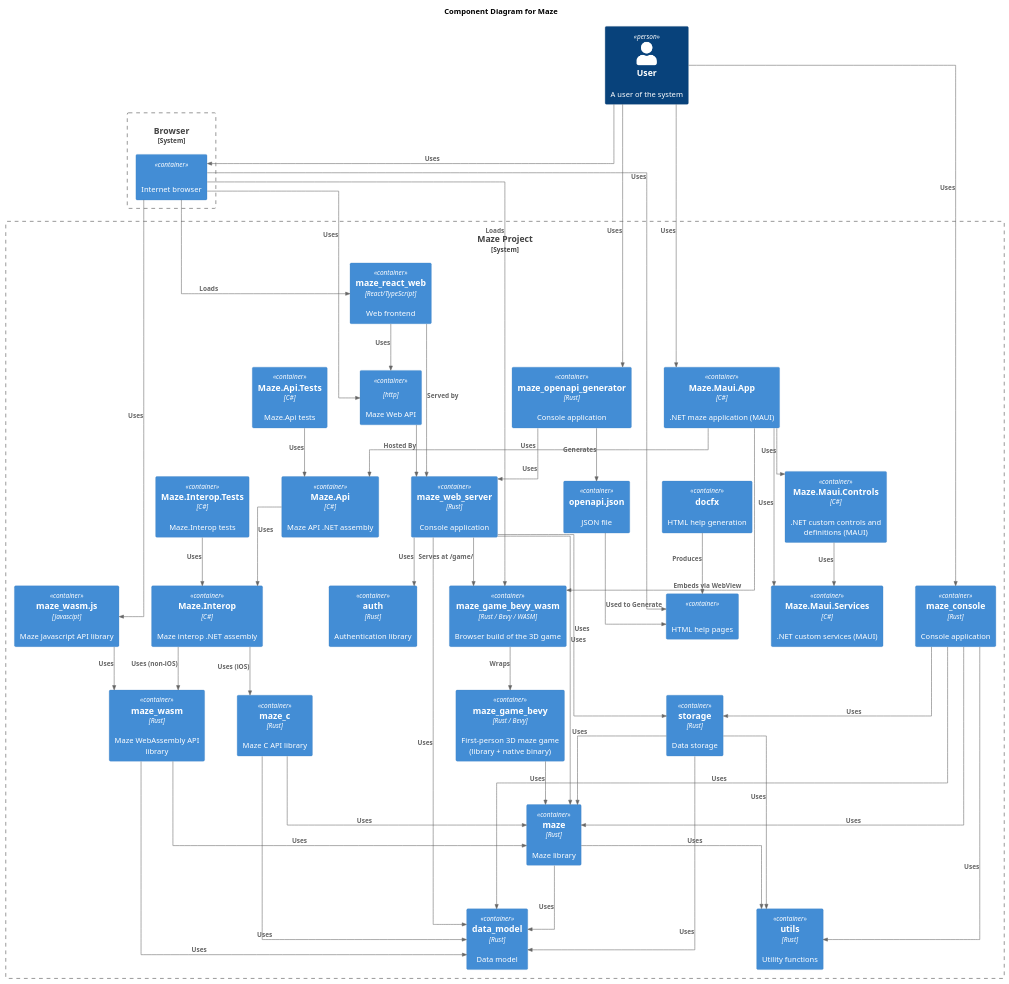
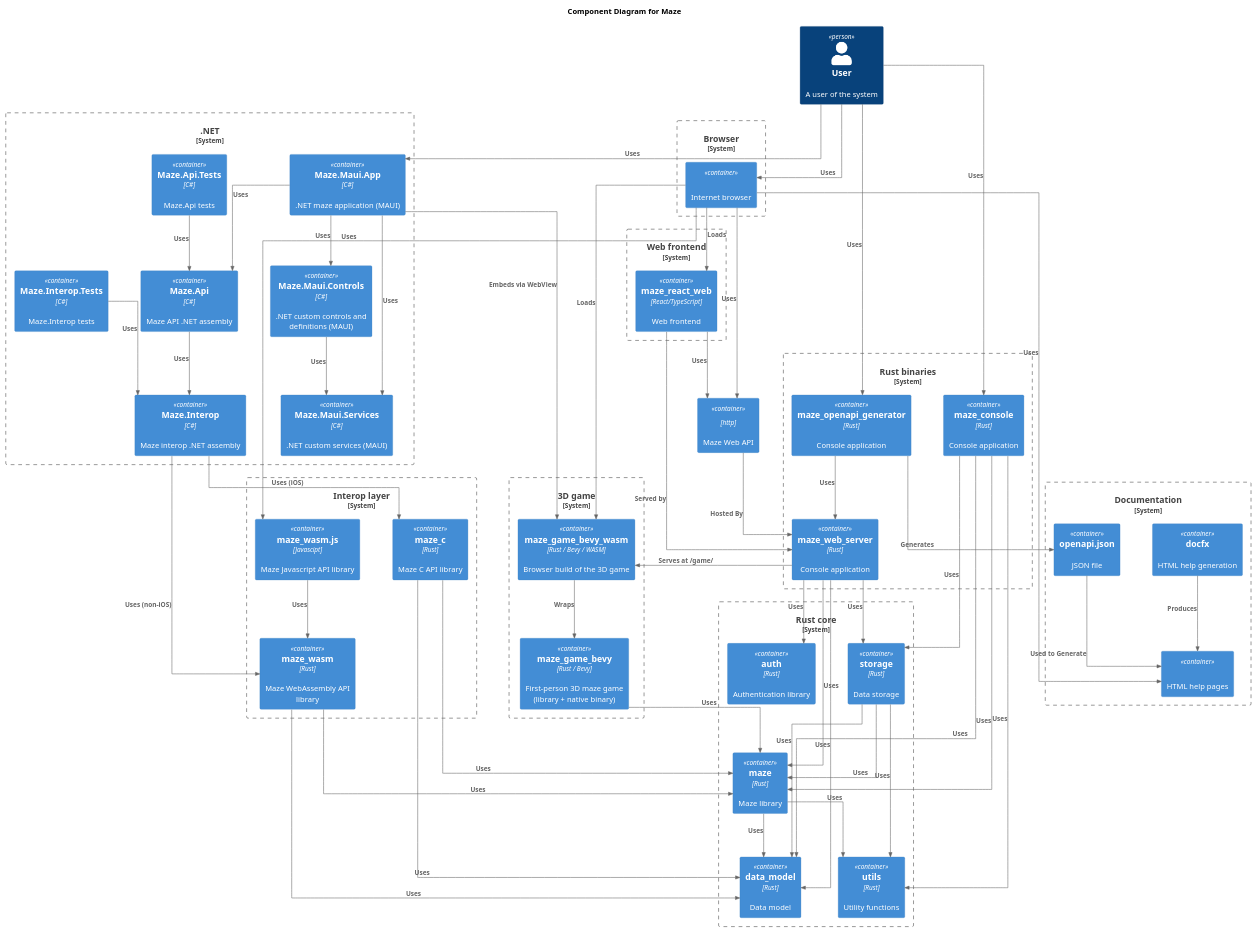
One commit to budgiedownunder/maze changed the diagram in docs/diagrams/components.puml. Above: the diagram before and after it, drawn with PlantUML. The commit also changed 1 other file, not shown here.

Commit message:
docs(diagrams): group containers into seven language/runtime boundaries

```diff
--- a/docs/diagrams/components.puml
+++ b/docs/diagrams/components.puml
@@ -2,94 +2,113 @@
 @startuml components
 
 !include https://raw.githubusercontent.com/plantuml-stdlib/C4-PlantUML/master/C4_Container.puml
 
 LAYOUT_TOP_DOWN()
 skinparam linetype ortho
 skinparam nodesep 60
 skinparam ranksep 80
 
 title Component Diagram for Maze
 
 Person(user, "User", "A user of the system")
 
 System_Boundary(c1, "Browser") {
     Container(browser, "", "", "Internet browser")
 }
 
-System_Boundary(c2, "Maze Project") {
-    Container(html_help, "", "", "HTML help pages")
+Container(maze_web_api, "", "http", "Maze Web API")
+
+System_Boundary(b_rust_core, "Rust core") {
+    Container(maze, "maze", "Rust", "Maze library")
+    Container(data_model, "data_model", "Rust", "Data model")
+    Container(utils, "utils", "Rust", "Utility functions")
     Container(auth, "auth", "Rust", "Authentication library")
-    Container(data_model, "data_model", "Rust", "Data model")
-    Container(docfx, "docfx", "", "HTML help generation")
-    Container(maze, "maze", "Rust", "Maze library")
-    Container(maze_game_bevy, "maze_game_bevy", "Rust / Bevy", "First-person 3D maze game (library + native binary)")
-    Container(maze_game_bevy_wasm, "maze_game_bevy_wasm", "Rust / Bevy / WASM", "Browser build of the 3D game")
+    Container(storage, "storage", "Rust", "Data storage")
+}
+
+System_Boundary(b_rust_bins, "Rust binaries") {
+    Container(maze_web_server, "maze_web_server", "Rust", "Console application")
+    Container(maze_console, "maze_console", "Rust", "Console application")
+    Container(maze_openapi_generator, "maze_openapi_generator", "Rust", "Console application")
+}
+
+System_Boundary(b_interop, "Interop layer") {
+    Container(maze_wasm, "maze_wasm", "Rust", "Maze WebAssembly API library")
+    Container(maze_wasm_js, "maze_wasm.js", "Javascipt", "Maze Javascript API library")
+    Container(maze_c, "maze_c", "Rust", "Maze C API library")
+}
+
+System_Boundary(b_dotnet, ".NET") {
     Container(maze_maui_app_net, "Maze.Maui.App", "C#", ".NET maze application (MAUI)")
     Container(maze_maui_controls_net, "Maze.Maui.Controls", "C#", ".NET custom controls and definitions (MAUI)")
     Container(maze_maui_services_net, "Maze.Maui.Services", "C#", ".NET custom services (MAUI)")
+    Container(maze_api_net, "Maze.Api", "C#", "Maze API .NET assembly")
     Container(maze_api_net_tests, "Maze.Api.Tests", "C#", "Maze.Api tests")
-    Container(maze_api_net, "Maze.Api", "C#", "Maze API .NET assembly")
+    Container(maze_interop_net, "Maze.Interop", "C#", "Maze interop .NET assembly")
     Container(maze_interop_net_tests, "Maze.Interop.Tests", "C#", "Maze.Interop tests")
-    Container(maze_interop_net, "Maze.Interop", "C#", "Maze interop .NET assembly")
+}
+
+System_Boundary(b_web, "Web frontend") {
     Container(maze_react_web, "maze_react_web", "React/TypeScript", "Web frontend")
-    Container(maze_wasm_js, "maze_wasm.js", "Javascipt", "Maze Javascript API library")
-    Container(maze_wasm, "maze_wasm", "Rust", "Maze WebAssembly API library")
-    Container(maze_c, "maze_c", "Rust", "Maze C API library")
-    Container(maze_console, "maze_console", "Rust", "Console application")
-    Container(maze_web_api, "", "http", "Maze Web API")
-    Container(maze_web_server, "maze_web_server", "Rust", "Console application")
-    Container(maze_openapi_generator, "maze_openapi_generator", "Rust", "Console application")
+}
+
+System_Boundary(b_game, "3D game") {
+    Container(maze_game_bevy, "maze_game_bevy", "Rust / Bevy", "First-person 3D maze game (library + native binary)")
+    Container(maze_game_bevy_wasm, "maze_game_bevy_wasm", "Rust / Bevy / WASM", "Browser build of the 3D game")
+}
+
+System_Boundary(b_docs, "Documentation") {
+    Container(docfx, "docfx", "", "HTML help generation")
+    Container(html_help, "", "", "HTML help pages")
     Container(openapi_json, "openapi.json", "", "JSON file")
-    Container(storage, "storage", "Rust", "Data storage")
-    Container(utils, "utils", "Rust", "Utility functions")
 }
 
 Rel(user, browser, "Uses")
 Rel(browser, html_help, "Uses")
 Rel(browser, maze_wasm_js, "Uses")
 Rel(docfx, html_help, "Produces")
 Rel(user, maze_console, "Uses")
 Rel(maze_console, data_model, "Uses")
 Rel(maze_console, maze, "Uses")
 Rel(maze_console, storage, "Uses")
 Rel(maze_console, utils, "Uses")
 Rel(browser, maze_react_web, "Loads")
 Rel(maze_react_web, maze_web_api, "Uses")
 Rel(maze_react_web, maze_web_server, "Served by")
 Rel(browser, maze_web_api, "Uses")
 Rel(maze_web_api, maze_web_server, "Hosted By")
 Rel(maze_web_server, auth, "Uses")
 Rel(maze_web_server, data_model, "Uses")
 Rel(maze_web_server, maze, "Uses")
 Rel(maze_web_server, storage, "Uses")
 Rel(user, maze_openapi_generator, "Uses")
 Rel(maze_openapi_generator, maze_web_server, "Uses")
 Rel(maze_openapi_generator, openapi_json, "Generates")
 Rel(openapi_json, html_help, "Used to Generate")
 Rel(user, maze_maui_app_net, "Uses")
 Rel(maze_maui_app_net, maze_maui_controls_net, "Uses")
 Rel(maze_maui_app_net, maze_maui_services_net, "Uses")
 Rel(maze_maui_app_net, maze_api_net, "Uses")
 Rel(maze_maui_controls_net, maze_maui_services_net, "Uses")
 Rel(maze_api_net_tests, maze_api_net, "Uses")
 Rel(maze_api_net, maze_interop_net, "Uses")
 Rel(maze_interop_net_tests, maze_interop_net, "Uses")
 Rel(maze_interop_net, maze_wasm, "Uses (non-iOS)")
 Rel(maze_interop_net, maze_c, "Uses (iOS)")
 Rel(maze_wasm_js, maze_wasm, "Uses")
 Rel(maze_wasm, data_model, "Uses")
 Rel(maze_wasm, maze, "Uses")
 Rel(maze_c, data_model, "Uses")
 Rel(maze_c, maze, "Uses")
 Rel(storage, data_model, "Uses")
 Rel(storage, maze, "Uses")
 Rel(storage, utils, "Uses")
 Rel(maze, data_model, "Uses")
 Rel(maze, utils, "Uses")
 Rel(maze_game_bevy, maze, "Uses")
 Rel(maze_game_bevy_wasm, maze_game_bevy, "Wraps")
 Rel(maze_web_server, maze_game_bevy_wasm, "Serves at /game/")
 Rel(browser, maze_game_bevy_wasm, "Loads")
 Rel(maze_maui_app_net, maze_game_bevy_wasm, "Embeds via WebView")
 
 @enduml
```
